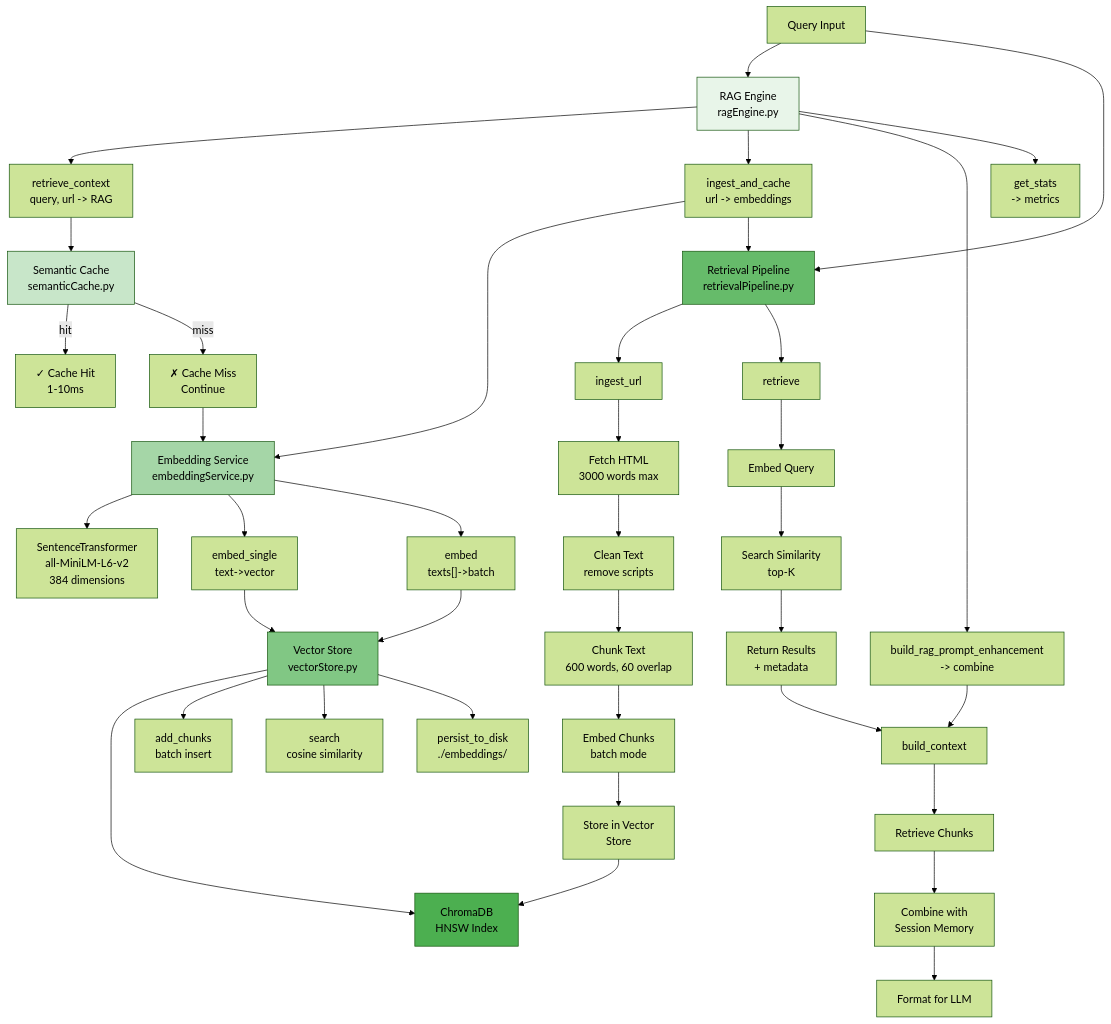
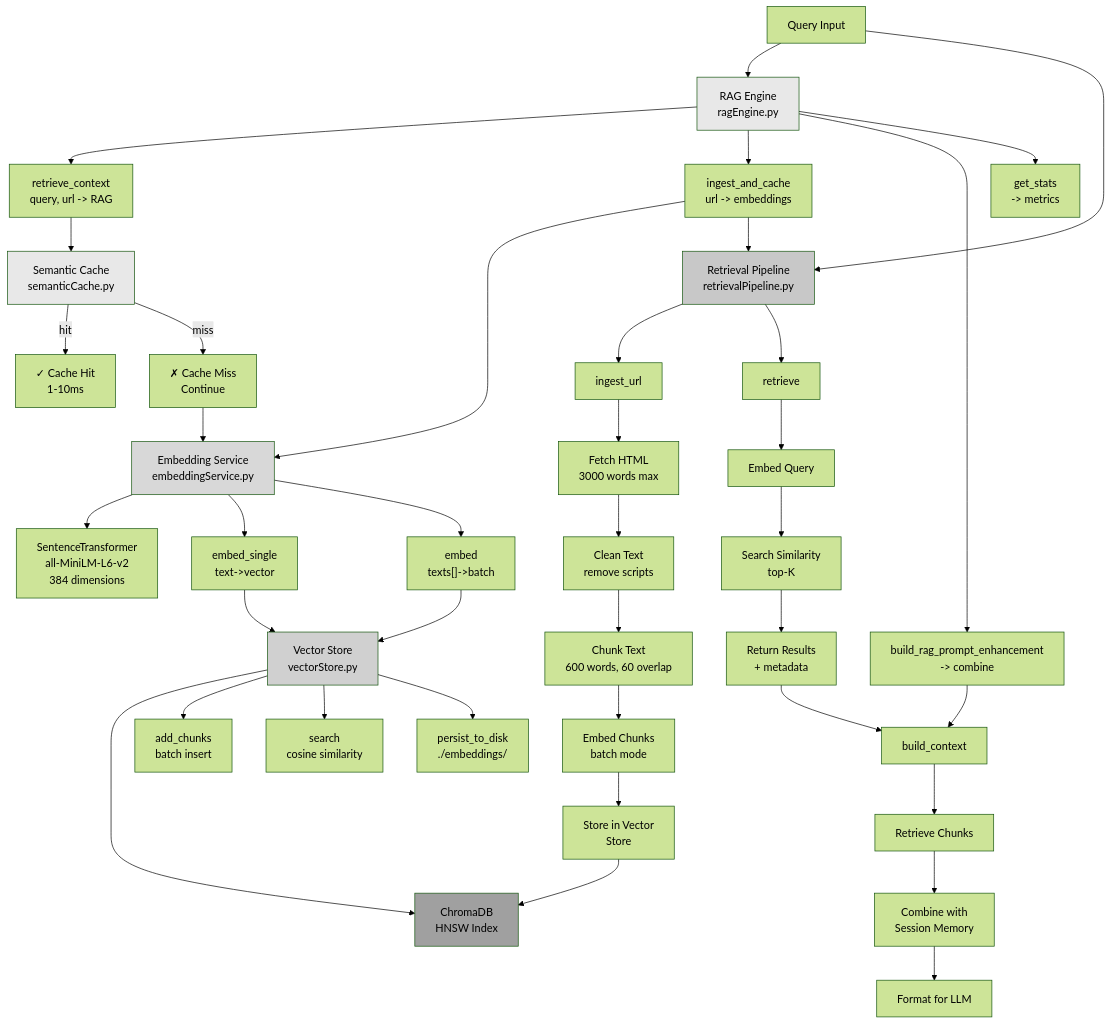
Before and after one commit to pollinations/lixSearch: the seventh of 17 diagrams in DOCS/FULL_ARCHITECTURE.md, drawn with Mermaid (forest theme). The commit also changed other lines of this file, not shown here.

Commit message:
refactor: Update diagram styles for improved visual consistency in architecture documentation

````diff
--- a/DOCS/FULL_ARCHITECTURE.md
+++ b/DOCS/FULL_ARCHITECTURE.md
@@ -592,10 +592,10 @@
     RelevantChunks --> CombineSession
     CombineSession --> FormatPrompt
     
-    style RAGEngine fill:#E8F5E9
-    style SemanticCache fill:#C8E6C9
-    style EmbedService fill:#A5D6A7
-    style VectorStore fill:#81C784
-    style RetPipeline fill:#66BB6A
-    style ChromaDB fill:#4CAF50
+    style RAGEngine fill:#E8E8E8
+    style SemanticCache fill:#E8E8E8
+    style EmbedService fill:#D8D8D8
+    style VectorStore fill:#D0D0D0
+    style RetPipeline fill:#C8C8C8
+    style ChromaDB fill:#A0A0A0
 ```
````
